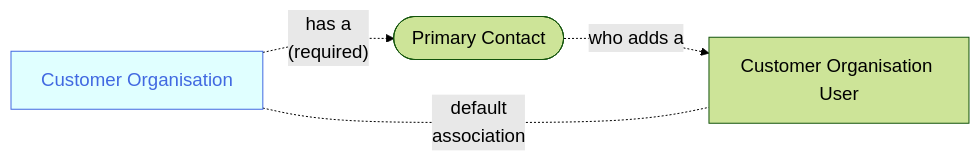
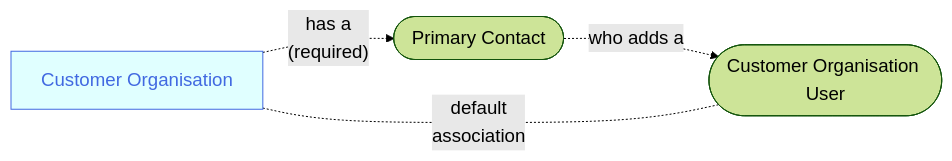
Before and after one commit to joe-dorward/samples: the diagram in 2025_Sage/04_Scenario - User to Customer.mdx, drawn with Mermaid.

Commit message:
Update 04_Scenario - User to Customer.mdx

````diff
--- a/2025_Sage/04_Scenario - User to Customer.mdx
+++ b/2025_Sage/04_Scenario - User to Customer.mdx
@@ -6,23 +6,23 @@
 ```mermaid
 %%{
   init: {
     'theme': 'forest',
     'themeVariables': {
       'fontSize':'14pt'
     }
   }
 }%%
 flowchart LR
   classDef Sage fill:seagreen, color:honeydew;
   classDef Noun fill:lightcyan, stroke:royalblue, color:royalblue;
   classDef Note fill:white, stroke:white, text-align:left;
 
   CUSTOMER_ORGANISATION_01[Customer Organisation]-.has a<br/>(required).->
   PRIMARY_CONTACT_01([&nbsp;Primary Contact&nbsp;])-.who adds a.->
-  CUSTOMER_ORGANISATION_USER_01[Customer Organisation User]
+  CUSTOMER_ORGANISATION_USER_01([Customer Organisation User])
 
   CUSTOMER_ORGANISATION_01-.default<br/>association.-
   CUSTOMER_ORGANISATION_USER_01
 
   class CUSTOMER_ORGANISATION_01 Noun
 ```
````
